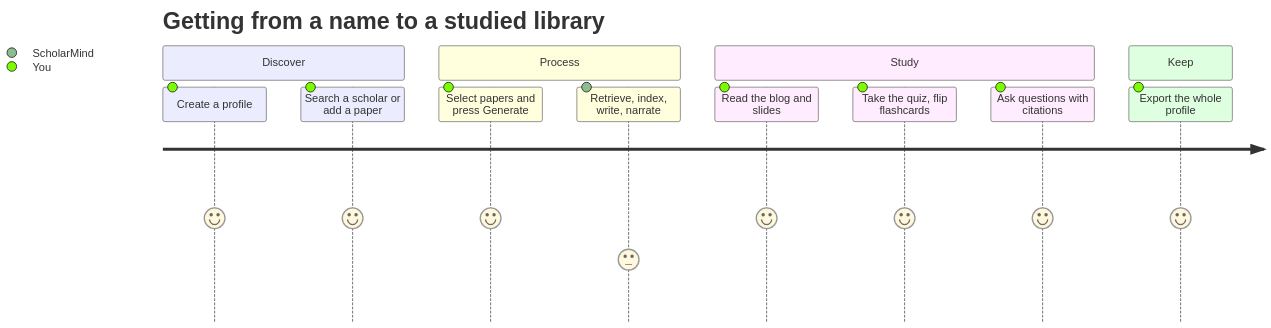
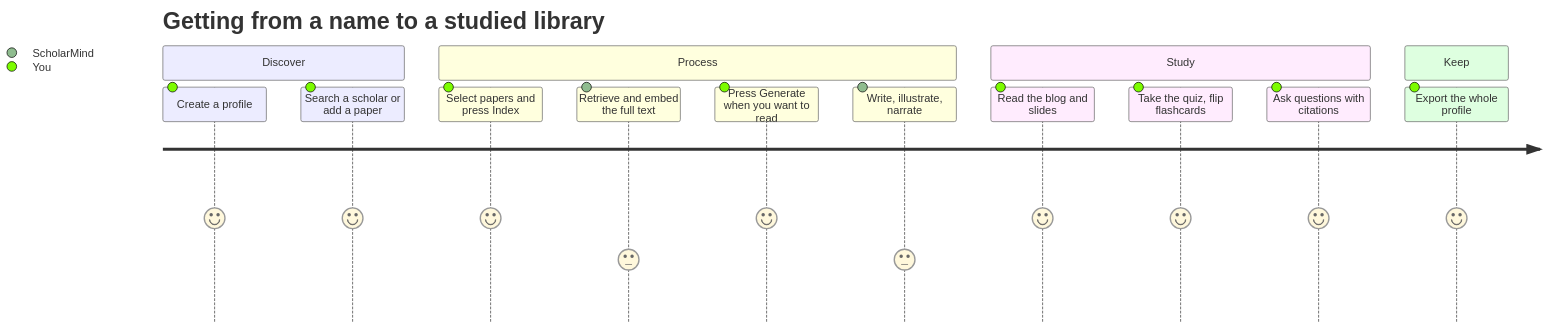
The first of 3 diagrams in docs/general/features.md (BuildGeekAI/scholar-mind), drawn with Mermaid before and after one commit. The commit also changed other lines of this file and 12 other files, not shown here.

````diff
--- a/docs/general/features.md
+++ b/docs/general/features.md
@@ -3,16 +3,18 @@
 ```mermaid
 journey
     title Getting from a name to a studied library
     section Discover
       Create a profile: 5: You
       Search a scholar or add a paper: 5: You
     section Process
-      Select papers and press Generate: 5: You
-      Retrieve, index, write, narrate: 3: ScholarMind
+      Select papers and press Index: 5: You
+      Retrieve and embed the full text: 3: ScholarMind
+      Press Generate when you want to read: 5: You
+      Write, illustrate, narrate: 3: ScholarMind
     section Study
       Read the blog and slides: 5: You
       Take the quiz, flip flashcards: 5: You
       Ask questions with citations: 5: You
     section Keep
       Export the whole profile: 5: You
 ```
````
